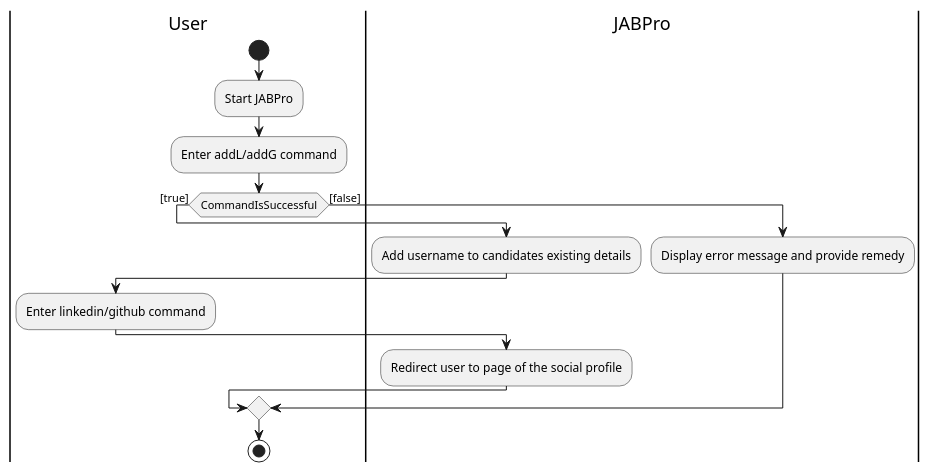
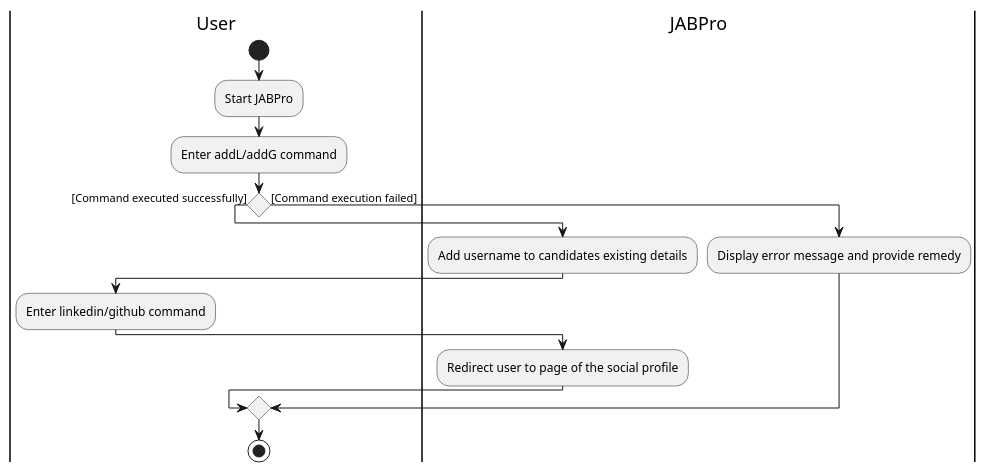
Before and after one commit to nus-cs2103-AY2324S1/tp: the diagram in docs/diagrams/linkedinactivitydiagram.puml, drawn with PlantUML. The commit also changed 2 other files, not shown here.

```diff
--- a/docs/diagrams/linkedinactivitydiagram.puml
+++ b/docs/diagrams/linkedinactivitydiagram.puml
@@ -1,24 +1,24 @@
 @startuml
 'https://plantuml.com/activity-diagram-beta
 |User|
 start
 :Start JABPro;
 :Enter addL/addG command;
-if (CommandIsSuccessful) then ([true])
+if () then ([Command executed successfully])
   |JABPro|
   :Add username to candidates existing details;
   |User|
   :Enter linkedin/github command;
   |JABPro|
   :Redirect user to page of the social profile;
   |User|
-else ([false])
+else ([Command execution failed])
   |JABPro|
   :Display error message and provide remedy;
   |User|
 
 endif
 
 stop
 
 @enduml
```
